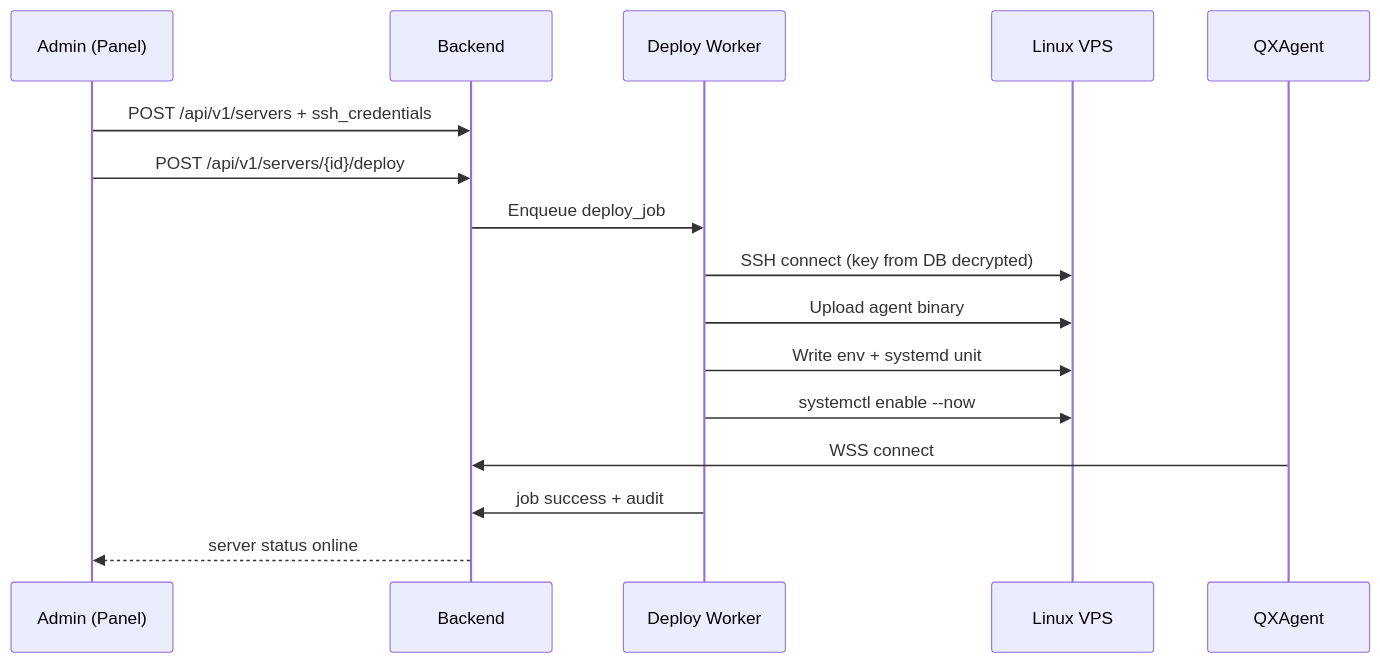
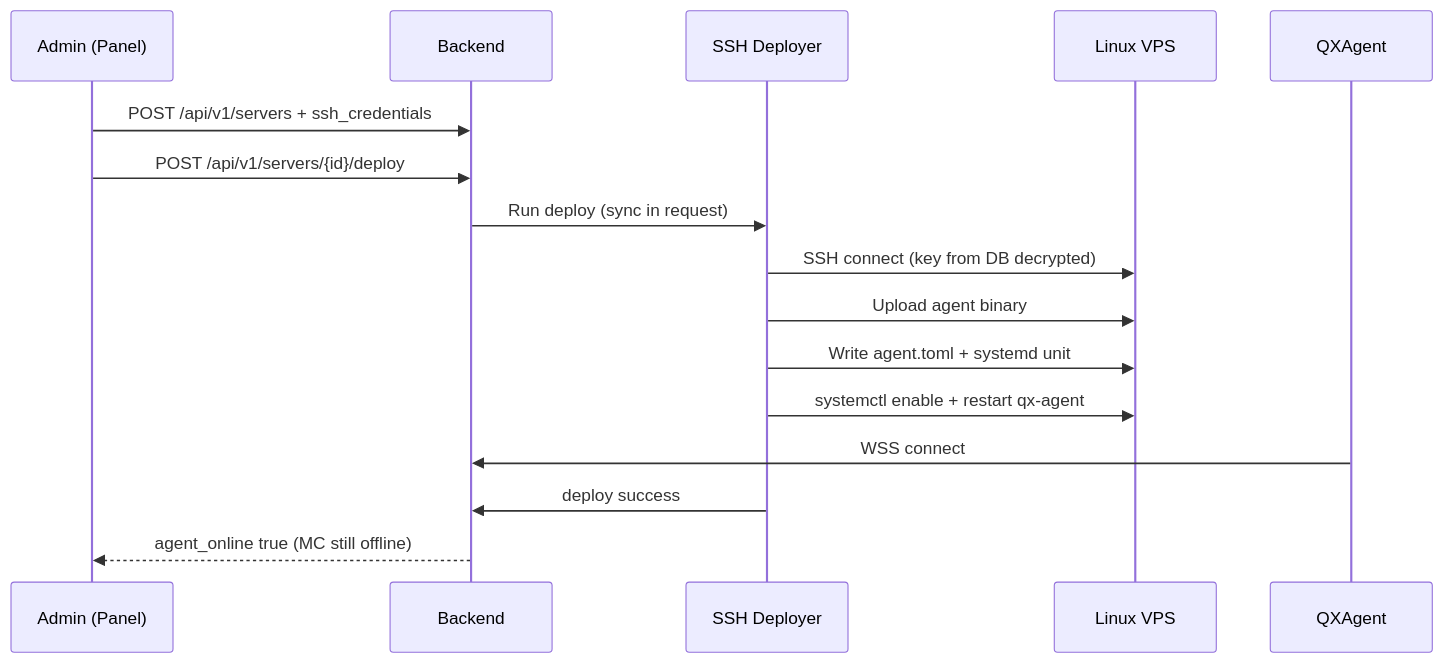
The diagram in docs/ssh-deploy.md (mindevis/qx-project), drawn with Mermaid before and after one commit. The commit also changed other lines of this file and 92 other files, not shown here.

First line of the commit message:
Complete MVP alpha: Flow C fixes, dev VPS, and docs

````diff
--- a/docs/ssh-deploy.md
+++ b/docs/ssh-deploy.md
@@ -11,19 +11,19 @@
 ```mermaid
 sequenceDiagram
     participant U as Admin (Panel)
     participant API as Backend
-    participant Q as Deploy Worker
+    participant D as SSH Deployer
     participant VPS as Linux VPS
     participant A as QXAgent
 
     U->>API: POST /api/v1/servers + ssh_credentials
     U->>API: POST /api/v1/servers/{id}/deploy
-    API->>Q: Enqueue deploy_job
-    Q->>VPS: SSH connect (key from DB decrypted)
-    Q->>VPS: Upload agent binary
-    Q->>VPS: Write env + systemd unit
-    Q->>VPS: systemctl enable --now
+    API->>D: Run deploy (sync in request)
+    D->>VPS: SSH connect (key from DB decrypted)
+    D->>VPS: Upload agent binary
+    D->>VPS: Write agent.toml + systemd unit
+    D->>VPS: systemctl enable + restart qx-agent
     A->>API: WSS connect
-    Q->>API: job success + audit
-    API-->>U: server status online
+    D->>API: deploy success
+    API-->>U: agent_online true (MC still offline)
 ```
````
